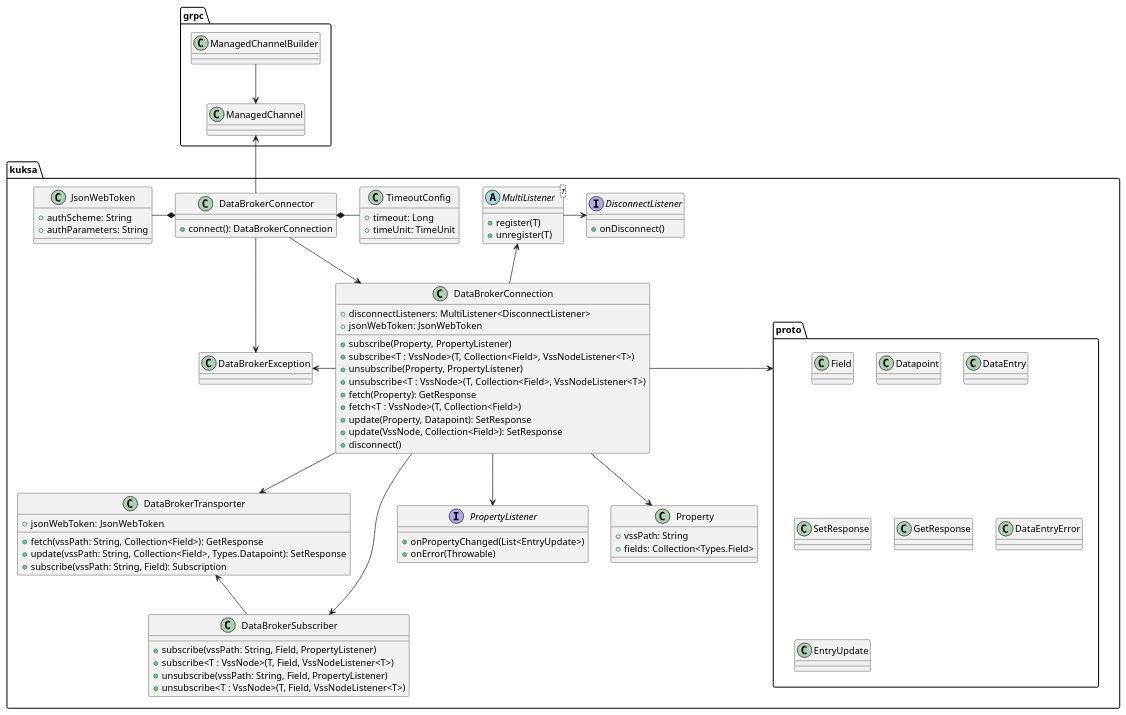
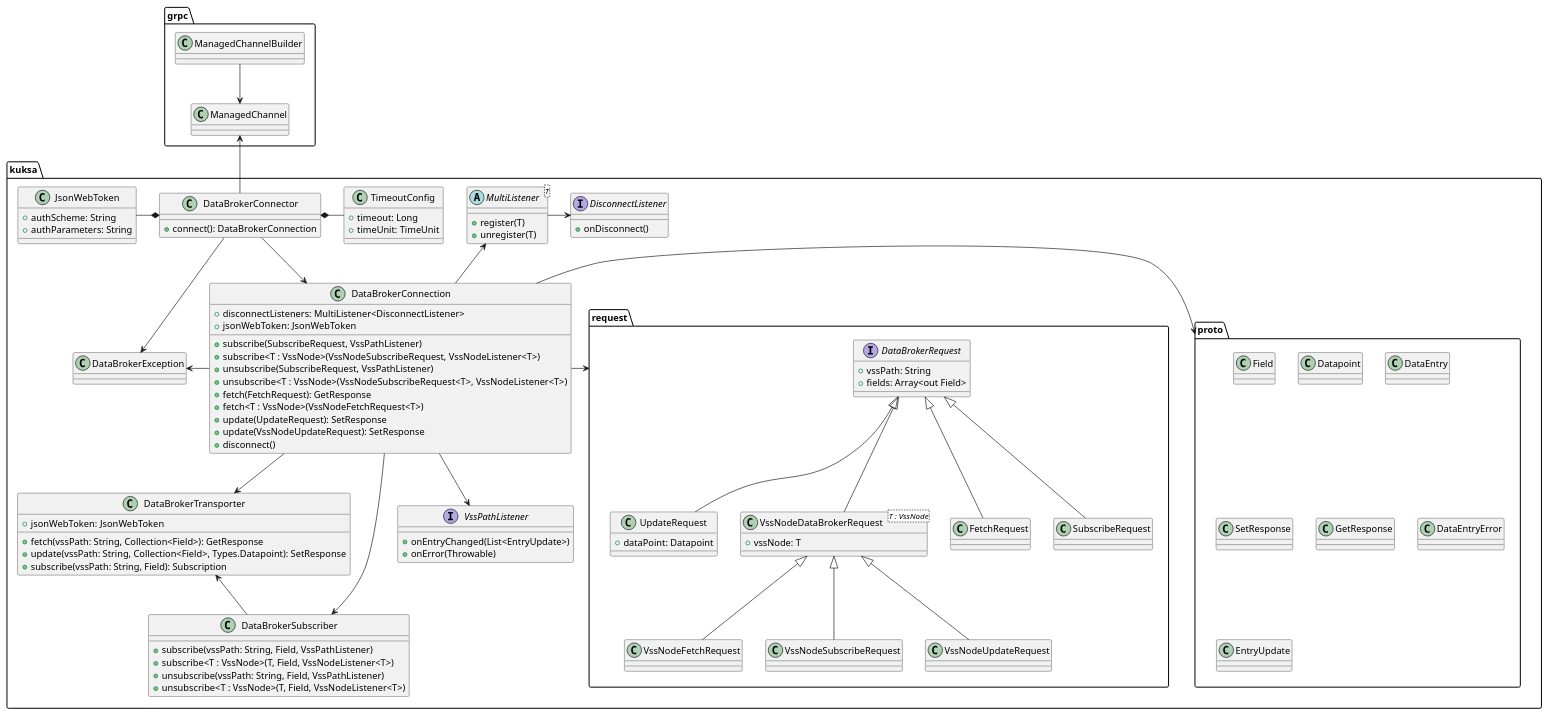
Before and after one commit to eclipse-kuksa/kuksa-android-sdk: the diagram in docs/kuksa-sdk_class-diagram.puml, drawn with PlantUML. The commit also changed 22 other files, not shown here.

Commit message:
chore: Rename PropertyListener -> VssPathListener

```diff
--- a/docs/kuksa-sdk_class-diagram.puml
+++ b/docs/kuksa-sdk_class-diagram.puml
@@ -1,107 +1,126 @@
 @startuml
 'https://plantuml.com/class-diagram
 
 package grpc {
 
     ManagedChannelBuilder --> ManagedChannel
 
     class ManagedChannel
     class ManagedChannelBuilder
 
 }
 
 package kuksa {
 
     package proto {
         class Field
         class Datapoint
         class DataEntry
         class SetResponse
         class GetResponse
         class DataEntryError
         class EntryUpdate
     }
 
     DataBrokerConnector -down-> DataBrokerException
     DataBrokerConnector -down-> DataBrokerConnection
     DataBrokerConnection -down-> DataBrokerTransporter
     DataBrokerConnection -down-> DataBrokerSubscriber
-    DataBrokerConnection -down-> PropertyListener
-    DataBrokerConnection -down-> Property
+    DataBrokerConnection -down-> VssPathListener
     DataBrokerConnection -left-> DataBrokerException
     DataBrokerConnection -up-> MultiListener
     DataBrokerSubscriber -up-> DataBrokerTransporter
     MultiListener -right-> DisconnectListener
     TimeoutConfig -left-* DataBrokerConnector
     JsonWebToken -right-* DataBrokerConnector
 
     class DataBrokerConnector {
         + connect(): DataBrokerConnection
     }
 
     class TimeoutConfig {
         + timeout: Long
         + timeUnit: TimeUnit
     }
 
     class DataBrokerTransporter {
         + jsonWebToken: JsonWebToken
 
         + fetch(vssPath: String, Collection<Field>): GetResponse
         + update(vssPath: String, Collection<Field>, Types.Datapoint): SetResponse
         + subscribe(vssPath: String, Field): Subscription
     }
 
     class DataBrokerSubscriber {
-        + subscribe(vssPath: String, Field, PropertyListener)
+        + subscribe(vssPath: String, Field, VssPathListener)
         + subscribe<T : VssNode>(T, Field, VssNodeListener<T>)
-        + unsubscribe(vssPath: String, Field, PropertyListener)
+        + unsubscribe(vssPath: String, Field, VssPathListener)
         + unsubscribe<T : VssNode>(T, Field, VssNodeListener<T>)
     }
 
     class DataBrokerConnection {
         + disconnectListeners: MultiListener<DisconnectListener>
         + jsonWebToken: JsonWebToken
 
-        + subscribe(Property, PropertyListener)
-        + subscribe<T : VssNode>(T, Collection<Field>, VssNodeListener<T>)
-        + unsubscribe(Property, PropertyListener)
-        + unsubscribe<T : VssNode>(T, Collection<Field>, VssNodeListener<T>)
-        + fetch(Property): GetResponse
-        + fetch<T : VssNode>(T, Collection<Field>)
-        + update(Property, Datapoint): SetResponse
-        + update(VssNode, Collection<Field>): SetResponse
+        + subscribe(SubscribeRequest, VssPathListener)
+        + subscribe<T : VssNode>(VssNodeSubscribeRequest, VssNodeListener<T>)
+        + unsubscribe(SubscribeRequest, VssPathListener)
+        + unsubscribe<T : VssNode>(VssNodeSubscribeRequest<T>, VssNodeListener<T>)
+        + fetch(FetchRequest): GetResponse
+        + fetch<T : VssNode>(VssNodeFetchRequest<T>)
+        + update(UpdateRequest): SetResponse
+        + update(VssNodeUpdateRequest): SetResponse
         + disconnect()
     }
     
-    interface PropertyListener {
-        + onPropertyChanged(List<EntryUpdate>)
+    interface VssPathListener {
+        + onEntryChanged(List<EntryUpdate>)
         + onError(Throwable)
     }
 
-    class Property {
-        + vssPath: String
-        + fields: Collection<Types.Field>
+    package request {
+        interface DataBrokerRequest {
+            + vssPath: String
+            + fields: Array<out Field>
+        }
+
+        class UpdateRequest {
+            + dataPoint: Datapoint
+        }
+
+        class VssNodeDataBrokerRequest<T : VssNode> {
+            + vssNode: T
+        }
+
+        DataBrokerRequest <|-- FetchRequest
+        DataBrokerRequest <|-- SubscribeRequest
+        DataBrokerRequest <|-- UpdateRequest
+        DataBrokerRequest <|-- VssNodeDataBrokerRequest
+
+        VssNodeDataBrokerRequest <|-- VssNodeFetchRequest
+        VssNodeDataBrokerRequest <|-- VssNodeSubscribeRequest
+        VssNodeDataBrokerRequest <|-- VssNodeUpdateRequest
     }
 
     class DataBrokerException
 
     abstract class MultiListener<T> {
         + register(T)
         + unregister(T)
     }
 
     interface DisconnectListener {
         + onDisconnect()
     }
 
     class JsonWebToken {
         + authScheme: String
         + authParameters: String
     }
 }
 
 DataBrokerConnector -up-> ManagedChannel
 DataBrokerConnection -right-> proto
+DataBrokerConnection -right-> request
 
 @enduml
```
